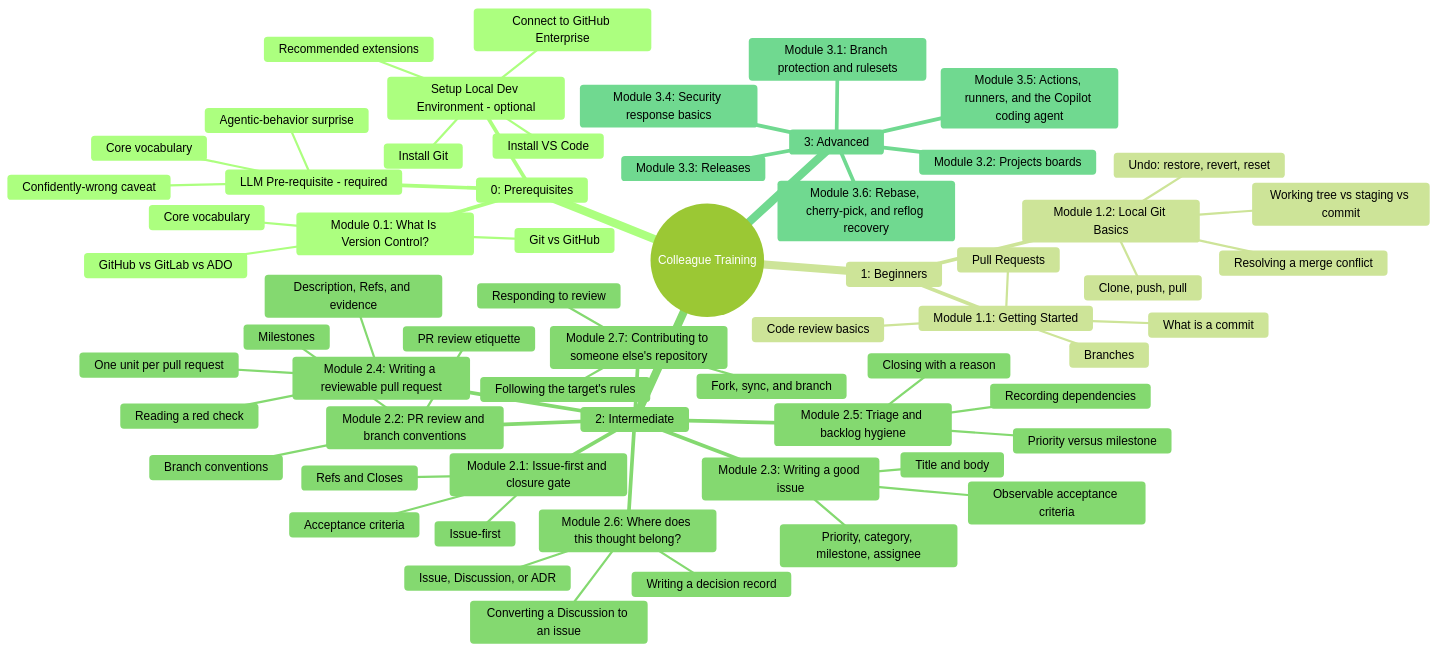
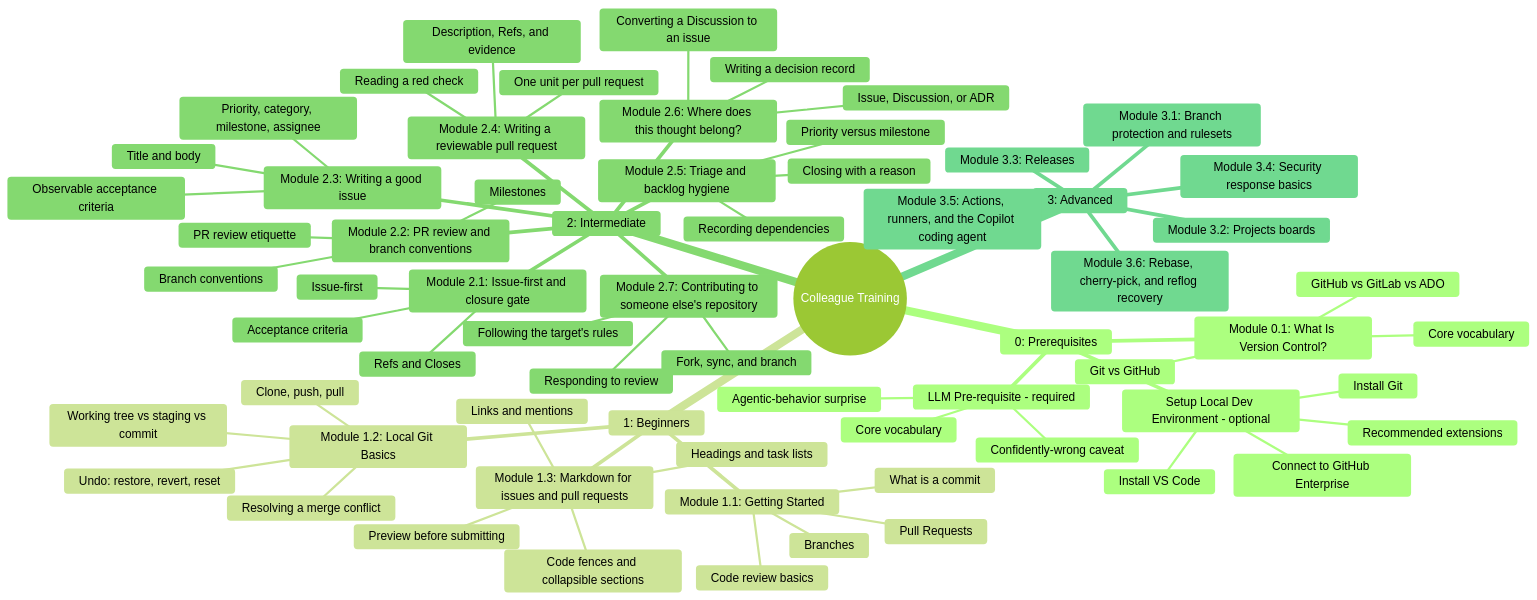
One commit to JeanKadang/DOC-GitHub-Practice-Skills changed the second of 2 diagrams in education/README.md. Above: the diagram before and after it, drawn with Mermaid (forest theme). The commit also changed other lines of this file and 4 other files, not shown here.

First line of the commit message:
docs: add Module 1.3, Markdown for issues and pull requests

````diff
--- a/education/README.md
+++ b/education/README.md
@@ -114,65 +116,70 @@
 ```mermaid
 mindmap
   root((Colleague Training))
     0: Prerequisites
       Module 0.1: What Is Version Control?
         Git vs GitHub
         Core vocabulary
         GitHub vs GitLab vs ADO
       LLM Pre-requisite - required
         Core vocabulary
         Agentic-behavior surprise
         Confidently-wrong caveat
       Setup Local Dev Environment - optional
         Install Git
         Install VS Code
         Connect to GitHub Enterprise
         Recommended extensions
     1: Beginners
       Module 1.1: Getting Started
         What is a commit
         Branches
         Pull Requests
         Code review basics
       Module 1.2: Local Git Basics
         Working tree vs staging vs commit
         Clone, push, pull
         Resolving a merge conflict
         Undo: restore, revert, reset
+      Module 1.3: Markdown for issues and pull requests
+        Headings and task lists
+        Code fences and collapsible sections
+        Links and mentions
+        Preview before submitting
     2: Intermediate
       Module 2.1: Issue-first and closure gate
         Issue-first
         Refs and Closes
         Acceptance criteria
       Module 2.2: PR review and branch conventions
         PR review etiquette
         Branch conventions
         Milestones
       Module 2.3: Writing a good issue
         Title and body
         Observable acceptance criteria
         Priority, category, milestone, assignee
       Module 2.4: Writing a reviewable pull request
         One unit per pull request
         Description, Refs, and evidence
         Reading a red check
       Module 2.5: Triage and backlog hygiene
         Priority versus milestone
         Recording dependencies
         Closing with a reason
       Module 2.6: Where does this thought belong?
         Issue, Discussion, or ADR
         Converting a Discussion to an issue
         Writing a decision record
       Module 2.7: Contributing to someone else's repository
         Fork, sync, and branch
         Following the target's rules
         Responding to review
     3: Advanced
       Module 3.1: Branch protection and rulesets
       Module 3.2: Projects boards
       Module 3.3: Releases
       Module 3.4: Security response basics
       Module 3.5: Actions, runners, and the Copilot coding agent
       Module 3.6: Rebase, cherry-pick, and reflog recovery
 ```
````
